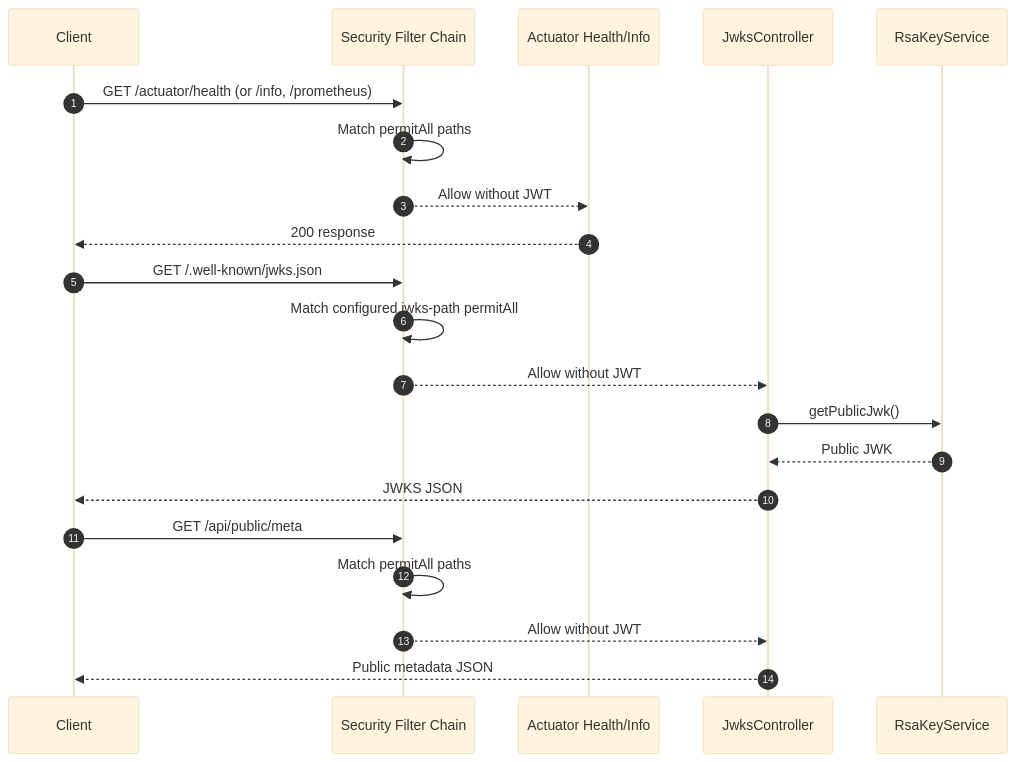
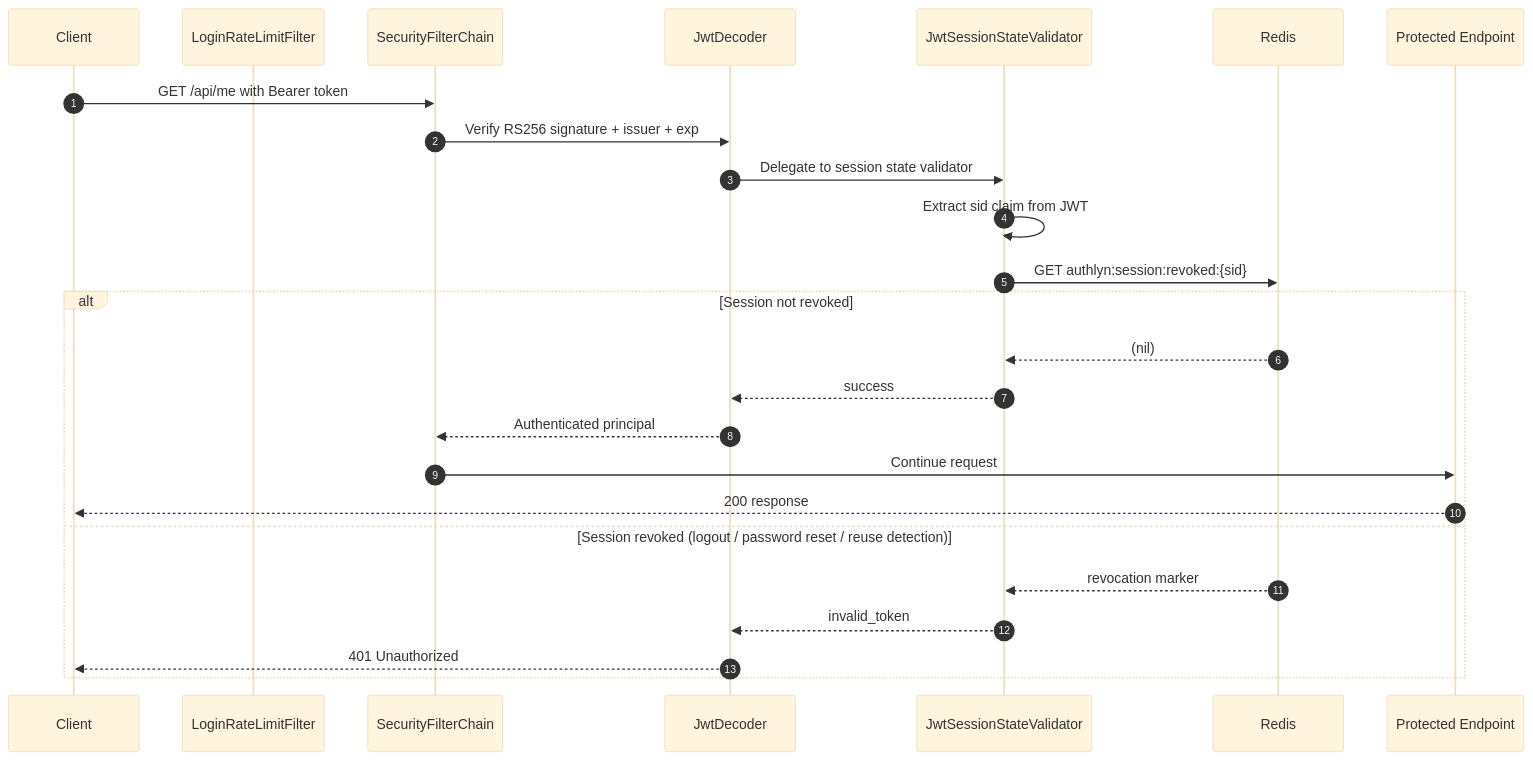
Before and after one commit to RainyinSaiGon/Authlyn: the second of 6 diagrams in docs/architecture/current-implemented-flows.md, drawn with Mermaid (base theme). The commit also changed other lines of this file and 60 other files, not shown here.

````diff
--- a/docs/architecture/current-implemented-flows.md
+++ b/docs/architecture/current-implemented-flows.md
@@ -57,26 +65,28 @@
 ```mermaid
 sequenceDiagram
     autonumber
     participant U as Client
-    participant SF as Security Filter Chain
-    participant HC as Actuator Health/Info
-    participant JC as JwksController
-    participant RS as RsaKeyService
+    participant RL as LoginRateLimitFilter
+    participant SF as SecurityFilterChain
+    participant JD as JwtDecoder
+    participant SV as JwtSessionStateValidator
+    participant Redis as Redis
+    participant API as Protected Endpoint
 
-    U->>SF: GET /actuator/health (or /info, /prometheus)
-    SF->>SF: Match permitAll paths
-    SF-->>HC: Allow without JWT
-    HC-->>U: 200 response
-
-    U->>SF: GET /.well-known/jwks.json
-    SF->>SF: Match configured jwks-path permitAll
-    SF-->>JC: Allow without JWT
-    JC->>RS: getPublicJwk()
-    RS-->>JC: Public JWK
-    JC-->>U: JWKS JSON
-
-    U->>SF: GET /api/public/meta
-    SF->>SF: Match permitAll paths
-    SF-->>JC: Allow without JWT
-    JC-->>U: Public metadata JSON
+    U->>SF: GET /api/me with Bearer token
+    SF->>JD: Verify RS256 signature + issuer + exp
+    JD->>SV: Delegate to session state validator
+    SV->>SV: Extract sid claim from JWT
+    SV->>Redis: GET authlyn:session:revoked:{sid}
+    alt Session not revoked
+        Redis-->>SV: (nil)
+        SV-->>JD: success
+        JD-->>SF: Authenticated principal
+        SF->>API: Continue request
+        API-->>U: 200 response
+    else Session revoked (logout / password reset / reuse detection)
+        Redis-->>SV: revocation marker
+        SV-->>JD: invalid_token
+        JD-->>U: 401 Unauthorized
+    end
 ```
````
